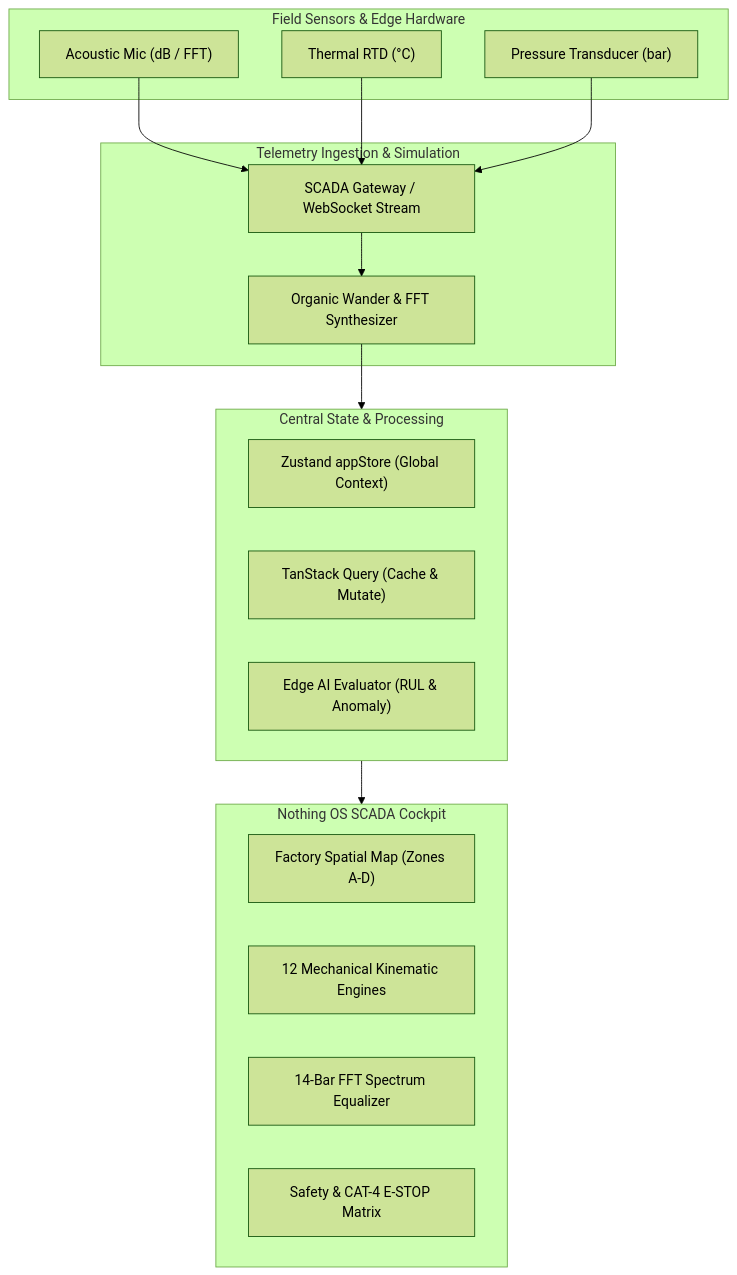
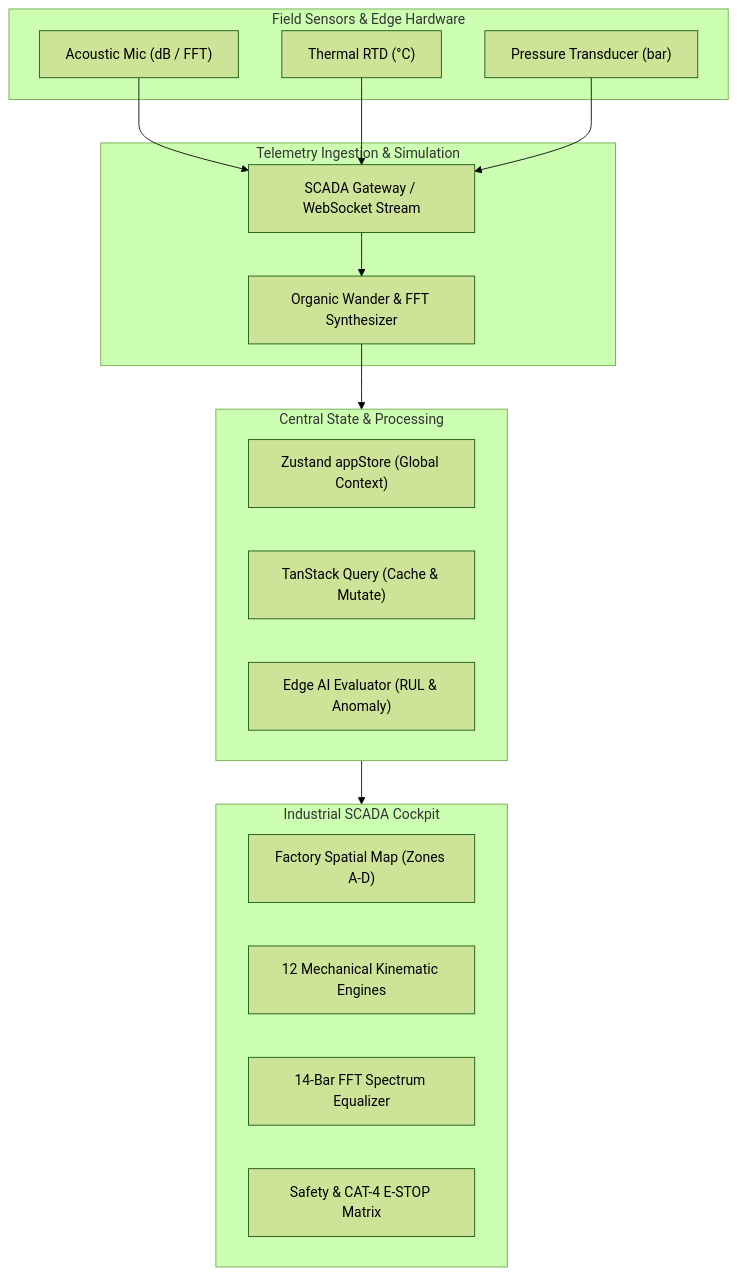
The diagram in README.md (123priyanshu123/INDUSTRIAL-SENSE), drawn with Mermaid (forest theme) before and after one commit. The commit also changed other lines of this file and 38 other files, not shown here.

````diff
--- a/README.md
+++ b/README.md
@@ -73,32 +73,32 @@
 ```mermaid
 flowchart TD
     subgraph SENSORS["Field Sensors & Edge Hardware"]
         S1["Acoustic Mic (dB / FFT)"]
         S2["Thermal RTD (°C)"]
         S3["Pressure Transducer (bar)"]
     end
 
     subgraph INGESTION["Telemetry Ingestion & Simulation"]
         GW["SCADA Gateway / WebSocket Stream"]
         SIM["Organic Wander & FFT Synthesizer"]
     end
 
     subgraph STATE["Central State & Processing"]
         ST["Zustand appStore (Global Context)"]
         TQ["TanStack Query (Cache & Mutate)"]
         AI["Edge AI Evaluator (RUL & Anomaly)"]
     end
 
-    subgraph COCKPIT["Nothing OS SCADA Cockpit"]
+    subgraph COCKPIT["Industrial SCADA Cockpit"]
         MAP["Factory Spatial Map (Zones A-D)"]
         KIN["12 Mechanical Kinematic Engines"]
         SPEC["14-Bar FFT Spectrum Equalizer"]
         ALERT["Safety & CAT-4 E-STOP Matrix"]
     end
 
     S1 --> GW
     S2 --> GW
     S3 --> GW
     GW --> SIM --> STATE
     STATE --> COCKPIT
 ```
````
